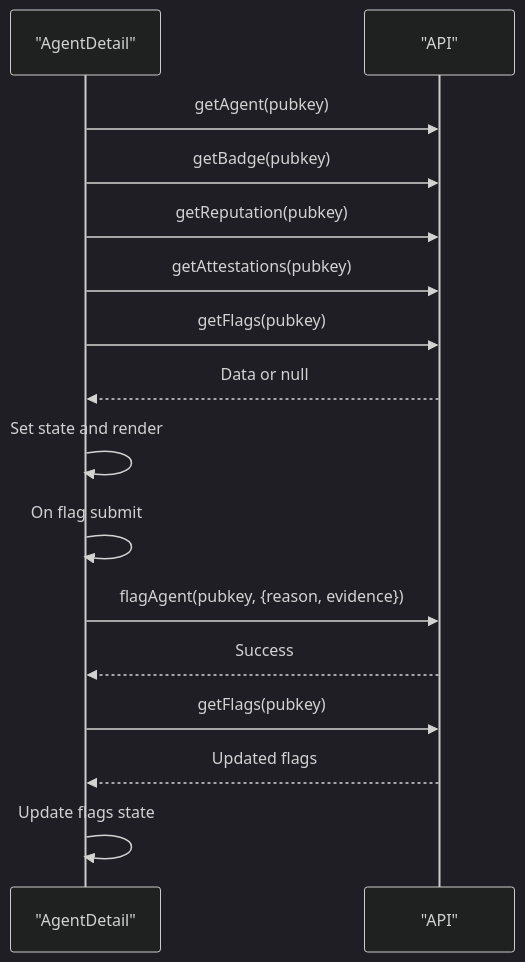
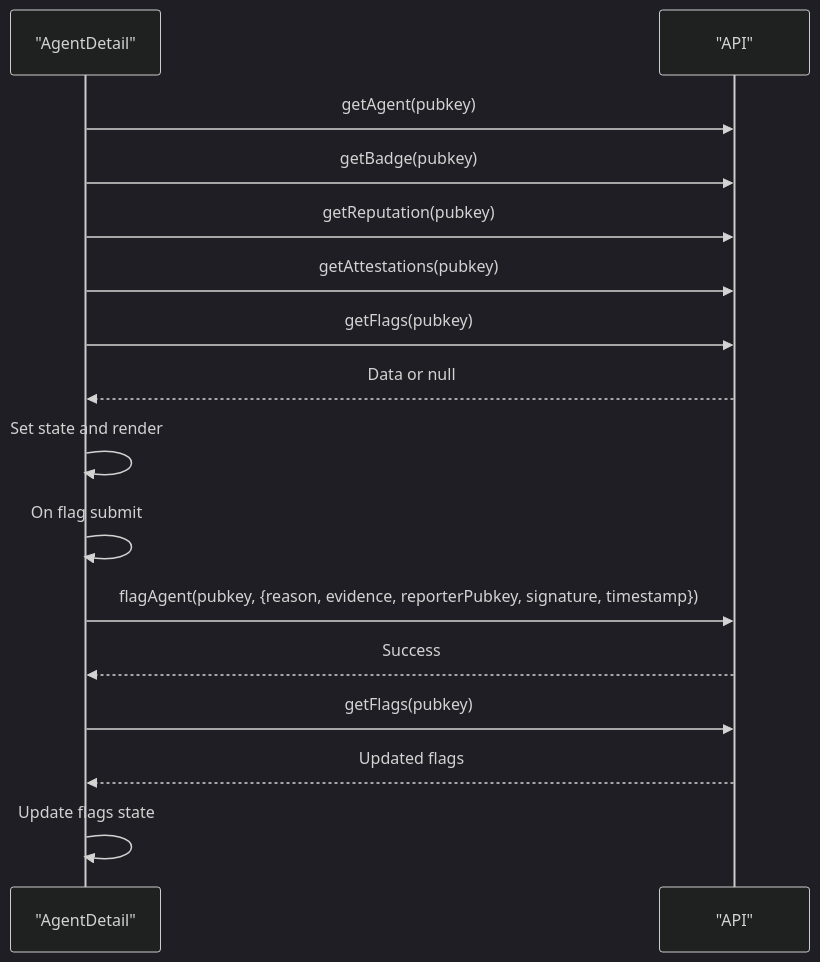
The fourth of 7 diagrams in .qoder/repowiki/en/content/Frontend Application/Frontend Application.md (RunTimeAdmin/AgentID), drawn with Mermaid (dark theme) before and after one commit. The commit also changed other lines of this file and 17 other files, not shown here.

````diff
--- a/.qoder/repowiki/en/content/Frontend Application/Frontend Application.md
+++ b/.qoder/repowiki/en/content/Frontend Application/Frontend Application.md
@@ -223,18 +228,18 @@
 ```mermaid
 sequenceDiagram
 participant D as "AgentDetail"
 participant A as "API"
 D->>A : getAgent(pubkey)
 D->>A : getBadge(pubkey)
 D->>A : getReputation(pubkey)
 D->>A : getAttestations(pubkey)
 D->>A : getFlags(pubkey)
 A-->>D : Data or null
 D->>D : Set state and render
 D->>D : On flag submit
-D->>A : flagAgent(pubkey, {reason, evidence})
+D->>A : flagAgent(pubkey, {reason, evidence, reporterPubkey, signature, timestamp})
 A-->>D : Success
 D->>A : getFlags(pubkey)
 A-->>D : Updated flags
 D->>D : Update flags state
 ```
````
